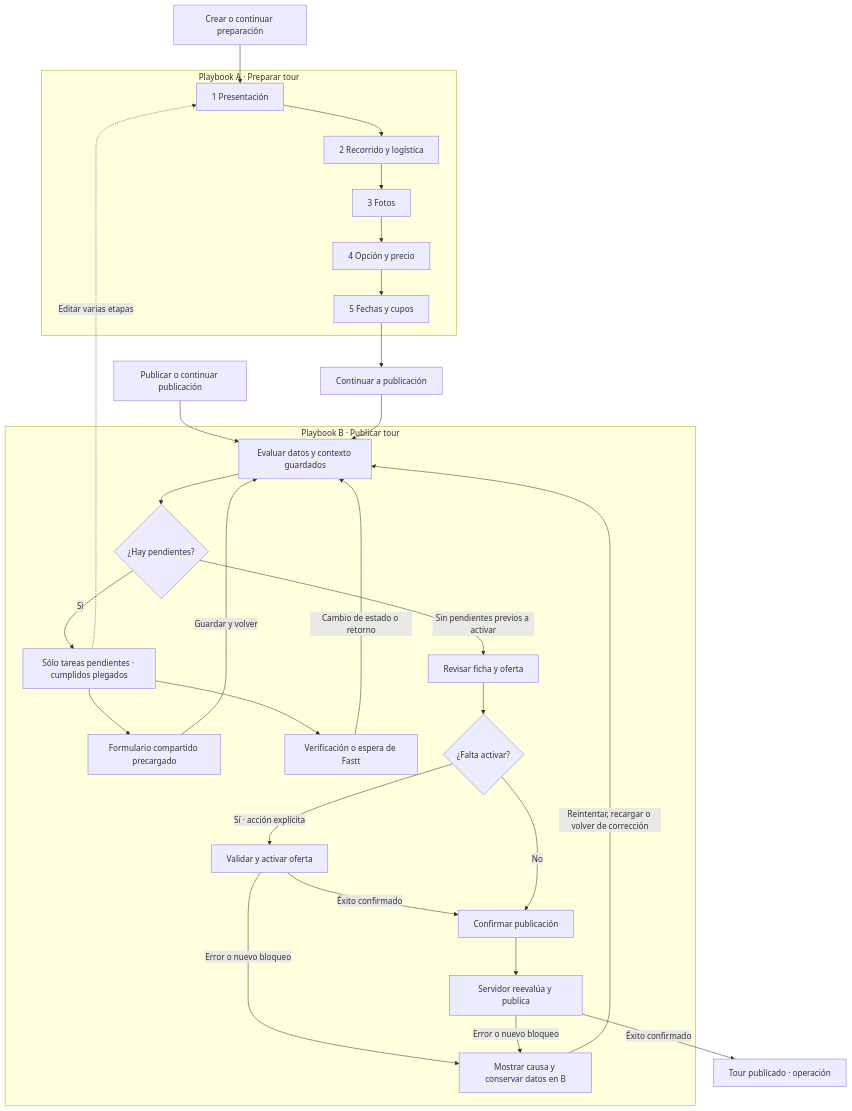
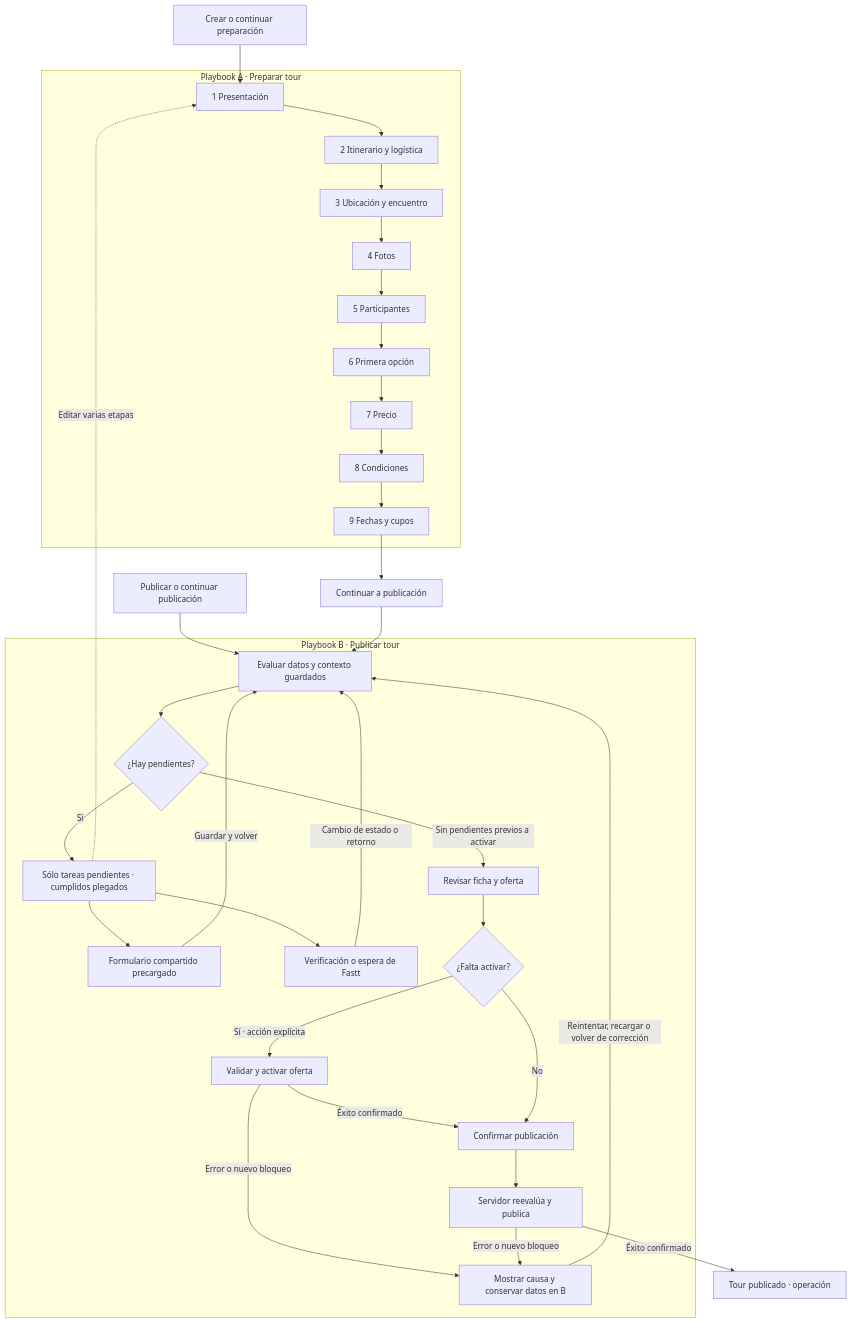
Before and after one commit to Ellaggon/fastt: the diagram in docs/domains/tours/tour-preparation-publication.md, drawn with Mermaid. The commit also changed other lines of this file and 38 other files, not shown here.

````diff
--- a/docs/domains/tours/tour-preparation-publication.md
+++ b/docs/domains/tours/tour-preparation-publication.md
@@ -187,30 +197,30 @@
 ```mermaid
 flowchart TD
   Crear[Crear o continuar preparación] --> A1
   subgraph A[Playbook A · Preparar tour]
-    A1[1 Presentación] --> A2[2 Recorrido y logística]
-    A2 --> A3[3 Fotos] --> A4[4 Opción y precio] --> A5[5 Fechas y cupos]
+    A1[1 Presentación] --> A2[2 Itinerario y logística]
+    A2 --> A3[3 Ubicación y encuentro] --> A4[4 Fotos] --> A5[5 Participantes] --> A6[6 Primera opción] --> A7[7 Precio] --> A8[8 Condiciones] --> A9[9 Fechas y cupos]
   end
-  A5 --> Puente[Continuar a publicación]
+  A9 --> Puente[Continuar a publicación]
   Directo[Publicar o continuar publicación] --> Evaluar
   Puente --> Evaluar
   subgraph B[Playbook B · Publicar tour]
     Evaluar[Evaluar datos y contexto guardados] --> Pendientes{¿Hay pendientes?}
     Pendientes -->|Sí| Resumen[Sólo tareas pendientes · cumplidos plegados]
     Resumen --> Formulario[Formulario compartido precargado]
     Formulario -->|Guardar y volver| Evaluar
     Resumen --> Verificacion[Verificación o espera de Fastt]
     Verificacion -->|Cambio de estado o retorno| Evaluar
     Pendientes -->|Sin pendientes previos a activar| Revision[Revisar ficha y oferta]
     Revision --> Activar{¿Falta activar?}
     Activar -->|Sí · acción explícita| Activacion[Validar y activar oferta]
     Activacion -->|Éxito confirmado| Confirmar[Confirmar publicación]
     Activacion -->|Error o nuevo bloqueo| Error[Mostrar causa y conservar datos en B]
     Activar -->|No| Confirmar
     Confirmar --> Publicar[Servidor reevalúa y publica]
     Publicar -->|Error o nuevo bloqueo| Error
     Error -->|Reintentar, recargar o volver de corrección| Evaluar
   end
   Publicar -->|Éxito confirmado| Operacion[Tour publicado · operación]
   Resumen -. Editar varias etapas .-> A1
 ```
````
